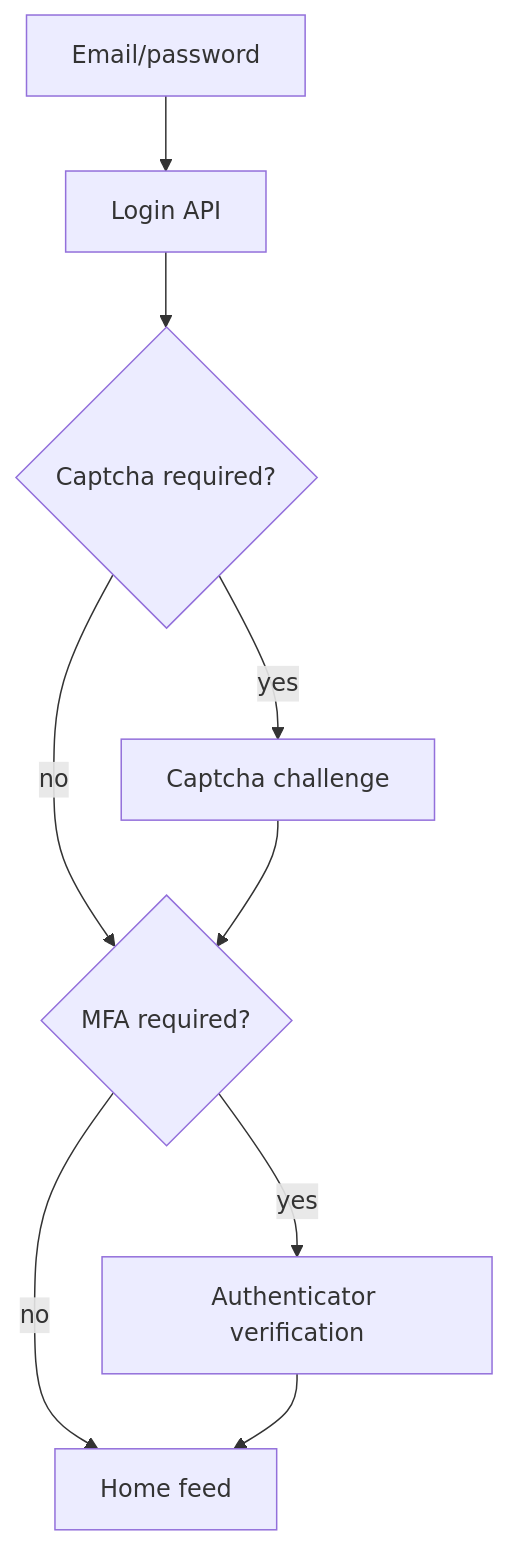
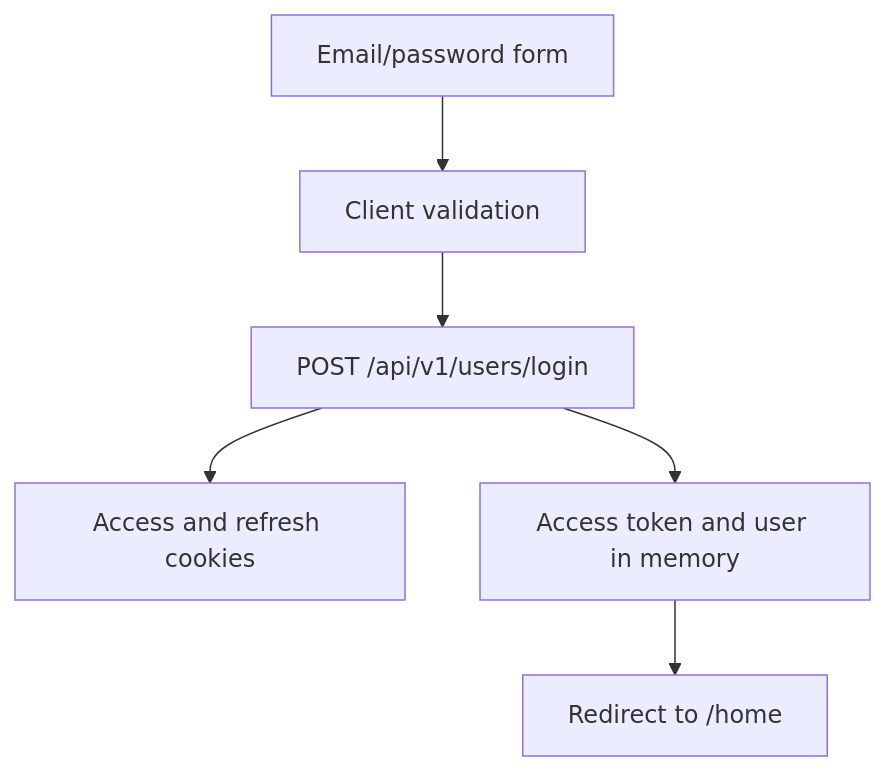
The diagram in frontend/docs/AUTH_FLOW.md (tushar-gour/streamly-2.0), drawn with Mermaid before and after one commit. The commit also changed other lines of this file and 60 other files, not shown here.

````diff
--- a/frontend/docs/AUTH_FLOW.md
+++ b/frontend/docs/AUTH_FLOW.md
@@ -5,11 +5,8 @@
 ```mermaid
 flowchart TD
-  Login["Email/password"] --> Backend["Login API"]
-  Backend --> Captcha{"Captcha required?"}
-  Captcha -->|yes| Turnstile["Captcha challenge"]
-  Captcha -->|no| Mfa{"MFA required?"}
-  Turnstile --> Mfa
-  Mfa -->|yes| VerifyMfa["Authenticator verification"]
-  Mfa -->|no| Home["Home feed"]
-  VerifyMfa --> Home
+  Login["Email/password form"] --> Validate["Client validation"]
+  Validate --> Backend["POST /api/v1/users/login"]
+  Backend --> Cookies["Access and refresh cookies"]
+  Backend --> Store["Access token and user in memory"]
+  Store --> Home["Redirect to /home"]
 ```
````
